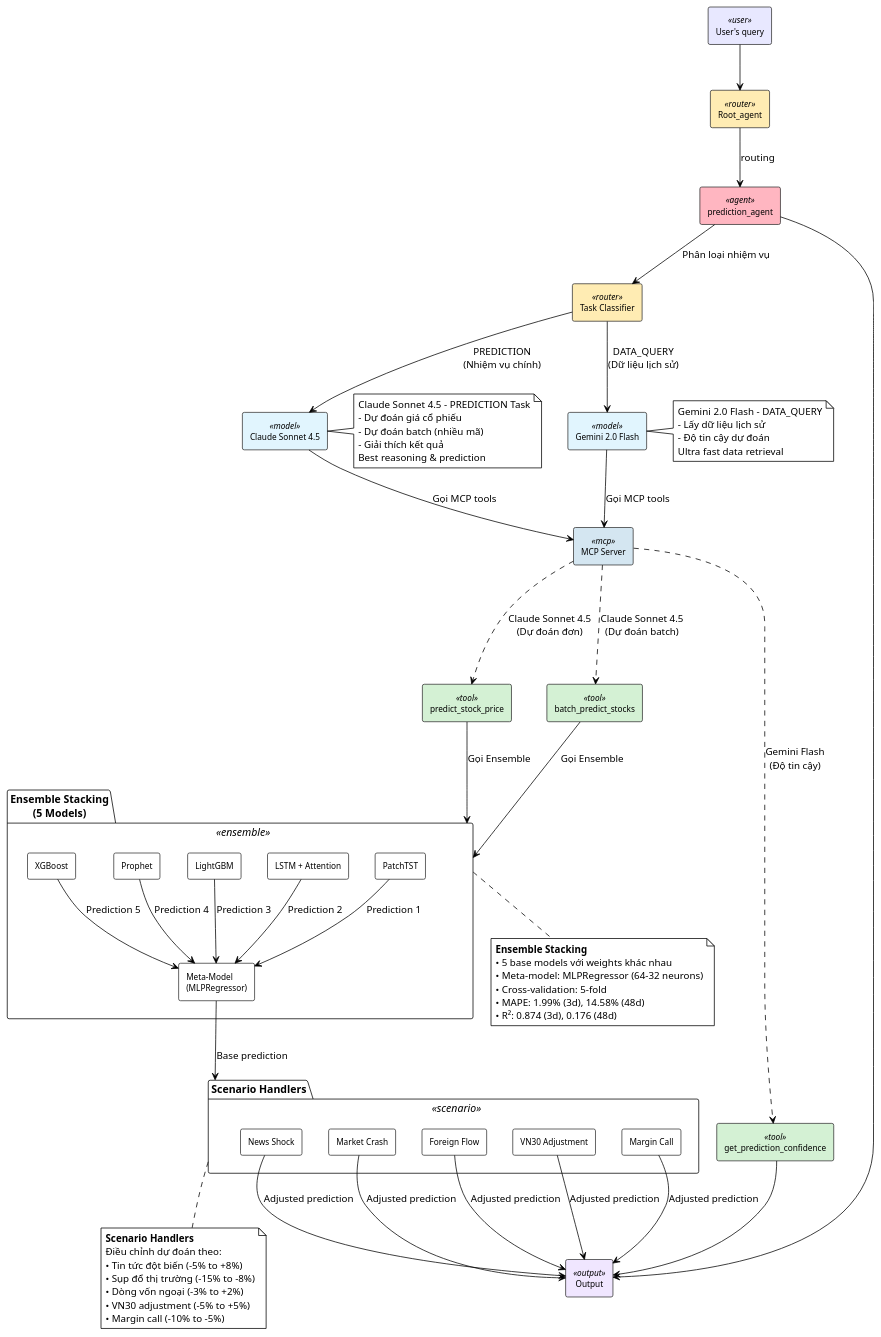
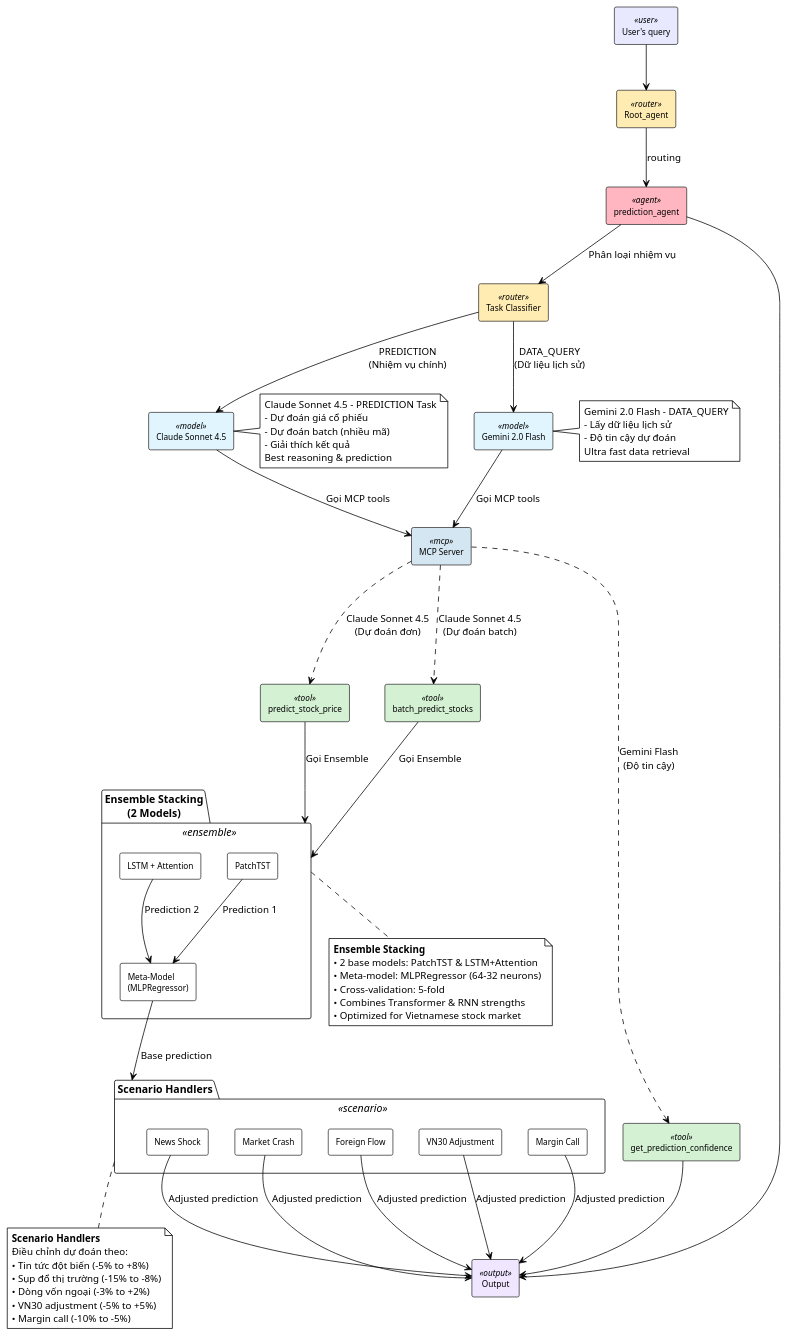
One commit to GiangNV-HUST/DATN changed the diagram in diagrams/sources/agent_diagrams/prediction_agent_multi_model.puml. Above: the diagram before and after it, drawn with PlantUML. The commit also changed 5 other files, not shown here.

First line of the commit message:
refactor: Update prediction system to use 2 models instead of 5

```diff
--- a/diagrams/sources/agent_diagrams/prediction_agent_multi_model.puml
+++ b/diagrams/sources/agent_diagrams/prediction_agent_multi_model.puml
@@ -2,124 +2,118 @@
 @startuml prediction_agent_multi_model
 !theme plain
 skinparam backgroundColor #FFFFFF
 skinparam shadowing false
 skinparam defaultFontName "Times New Roman"
 
 skinparam rectangle {
     BackgroundColor<<user>> #E8E8FF
     BackgroundColor<<router>> #FFECB3
     BackgroundColor<<agent>> #FFB6C1
     BackgroundColor<<model>> #E1F5FE
     BackgroundColor<<mcp>> #D4E6F1
     BackgroundColor<<tool>> #D4F1D4
     BackgroundColor<<ensemble>> #FFE4E1
     BackgroundColor<<scenario>> #FFF9C4
     BackgroundColor<<output>> #F0E6FF
     BorderColor #333333
     FontSize 11
 }
 
 rectangle "User's query" as query <<user>>
 rectangle "Root_agent" as root <<router>>
 rectangle "prediction_agent" as pred_agent <<agent>>
 
 rectangle "Task Classifier" as selector <<router>>
 
 rectangle "Claude Sonnet 4.5" as claude_sonnet <<model>>
 rectangle "Gemini 2.0 Flash" as gemini_flash <<model>>
 
 rectangle "MCP Server" as mcp <<mcp>>
 rectangle "Output" as output <<output>>
 
 rectangle "predict_stock_price" as predict <<tool>>
 rectangle "batch_predict_stocks" as batch_predict <<tool>>
 rectangle "get_prediction_confidence" as confidence <<tool>>
 
-package "Ensemble Stacking\n(5 Models)" as ensemble <<ensemble>> {
+package "Ensemble Stacking\n(2 Models)" as ensemble <<ensemble>> {
     rectangle "PatchTST" as patchtst
     rectangle "LSTM + Attention" as lstm
-    rectangle "LightGBM" as lgbm
-    rectangle "Prophet" as prophet
-    rectangle "XGBoost" as xgb
     rectangle "Meta-Model\n(MLPRegressor)" as meta
 }
 
 package "Scenario Handlers" as handlers <<scenario>> {
     rectangle "News Shock" as news
     rectangle "Market Crash" as crash
     rectangle "Foreign Flow" as foreign
     rectangle "VN30 Adjustment" as vn30
     rectangle "Margin Call" as margin
 }
 
 query --> root
 root --> pred_agent : "routing"
 
 pred_agent --> selector : "Phân loại nhiệm vụ"
 
 selector --> claude_sonnet : "PREDICTION\n(Nhiệm vụ chính)"
 selector --> gemini_flash : "DATA_QUERY\n(Dữ liệu lịch sử)"
 
 claude_sonnet --> mcp : "Gọi MCP tools"
 gemini_flash --> mcp : "Gọi MCP tools"
 
 mcp -.-> predict : "Claude Sonnet 4.5\n(Dự đoán đơn)"
 mcp -.-> batch_predict : "Claude Sonnet 4.5\n(Dự đoán batch)"
 mcp -.-> confidence : "Gemini Flash\n(Độ tin cậy)"
 
 predict --> ensemble : "Gọi Ensemble"
 batch_predict --> ensemble : "Gọi Ensemble"
 
 patchtst --> meta : "Prediction 1"
 lstm --> meta : "Prediction 2"
-lgbm --> meta : "Prediction 3"
-prophet --> meta : "Prediction 4"
-xgb --> meta : "Prediction 5"
 
 meta --> handlers : "Base prediction"
 
 news --> output : "Adjusted prediction"
 crash --> output : "Adjusted prediction"
 foreign --> output : "Adjusted prediction"
 vn30 --> output : "Adjusted prediction"
 margin --> output : "Adjusted prediction"
 
 confidence --> output
 
 pred_agent --> output
 
 note right of claude_sonnet
   Claude Sonnet 4.5 - PREDICTION Task
   - Dự đoán giá cổ phiếu
   - Dự đoán batch (nhiều mã)
   - Giải thích kết quả
   Best reasoning & prediction
 end note
 
 note right of gemini_flash
   Gemini 2.0 Flash - DATA_QUERY
   - Lấy dữ liệu lịch sử
   - Độ tin cậy dự đoán
   Ultra fast data retrieval
 end note
 
 note bottom of ensemble
   **Ensemble Stacking**
-  • 5 base models với weights khác nhau
+  • 2 base models: PatchTST & LSTM+Attention
   • Meta-model: MLPRegressor (64-32 neurons)
   • Cross-validation: 5-fold
-  • MAPE: 1.99% (3d), 14.58% (48d)
-  • R²: 0.874 (3d), 0.176 (48d)
+  • Combines Transformer & RNN strengths
+  • Optimized for Vietnamese stock market
 end note
 
 note bottom of handlers
   **Scenario Handlers**
   Điều chỉnh dự đoán theo:
   • Tin tức đột biến (-5% to +8%)
   • Sụp đổ thị trường (-15% to -8%)
   • Dòng vốn ngoại (-3% to +2%)
   • VN30 adjustment (-5% to +5%)
   • Margin call (-10% to -5%)
 end note
 
 @enduml
```
